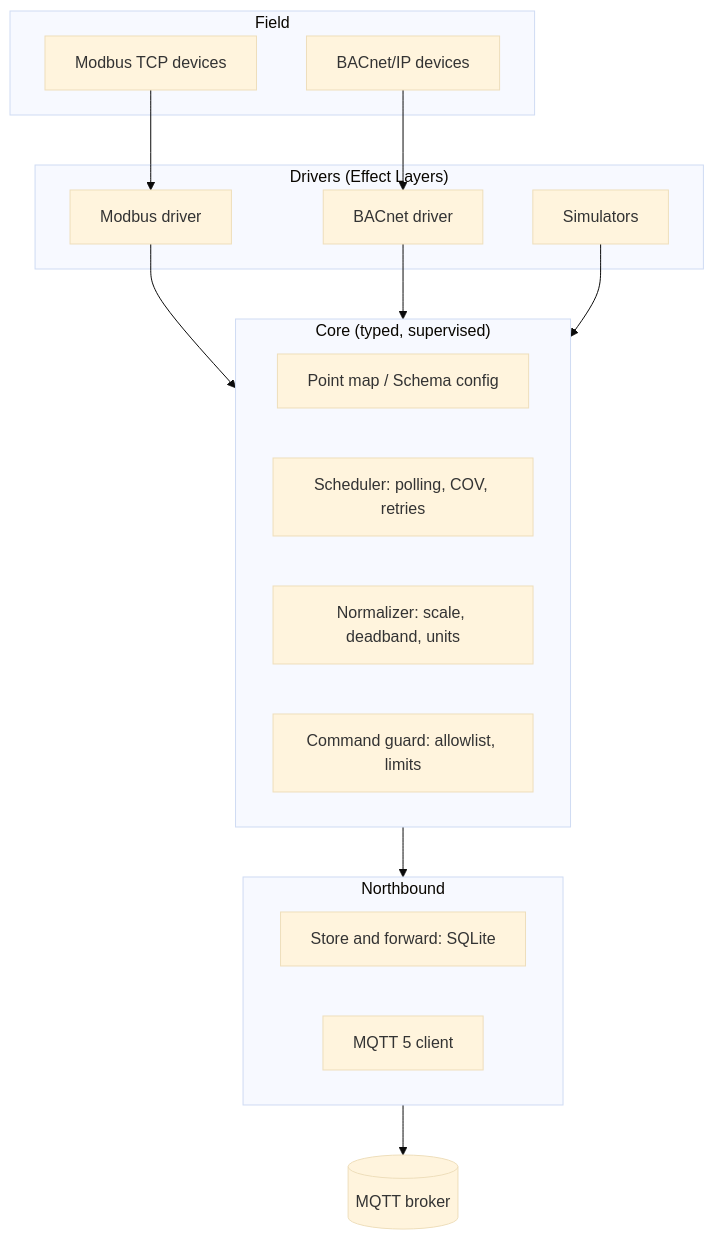
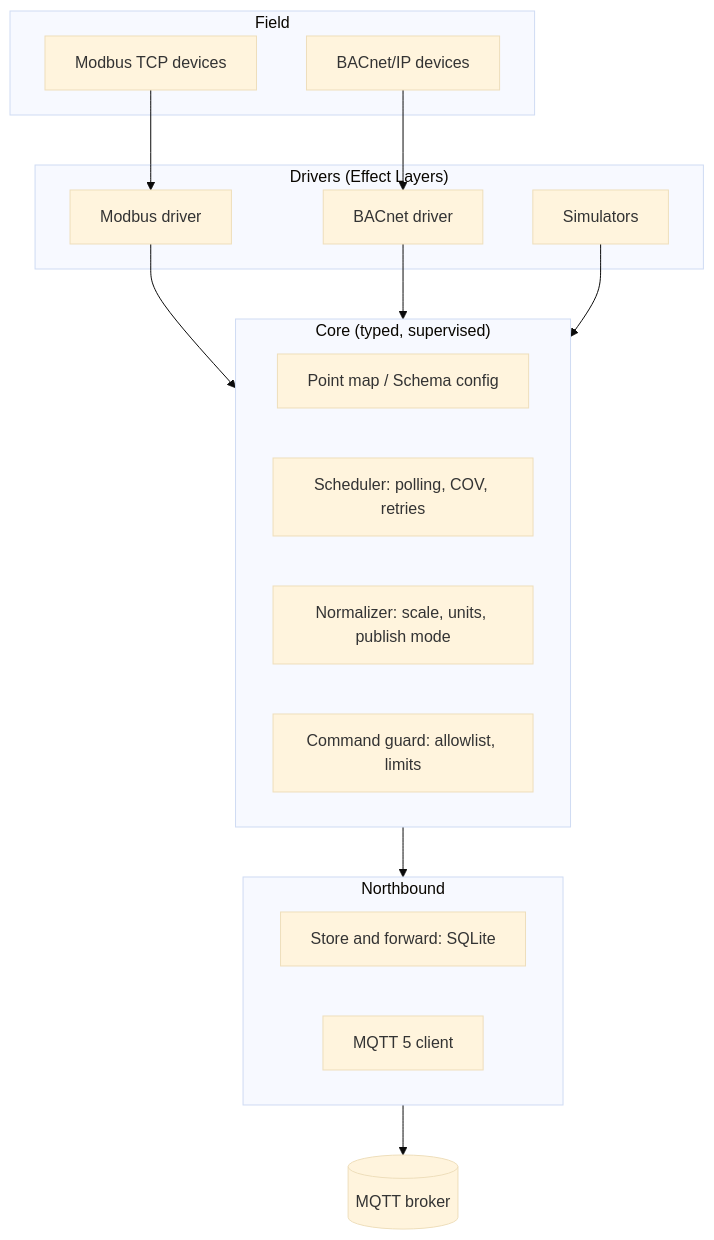
The diagram in README.md (phocal-ai/ot-gateway), drawn with Mermaid (base theme) before and after one commit. The commit also changed other lines of this file and 24 other files, not shown here.

````diff
--- a/README.md
+++ b/README.md
@@ -245,27 +254,27 @@
 ```mermaid
 flowchart TB
   subgraph Field
     M[Modbus TCP devices]
     B[BACnet/IP devices]
   end
   subgraph Drivers["Drivers (Effect Layers)"]
     MD[Modbus driver]
     BD[BACnet driver]
     SD[Simulators]
   end
   subgraph Core["Core (typed, supervised)"]
     PM[Point map / Schema config]
     SC[Scheduler: polling, COV, retries]
-    NO[Normalizer: scale, deadband, units]
+    NO[Normalizer: scale, units, publish mode]
     CG[Command guard: allowlist, limits]
   end
   subgraph North[Northbound]
     BU[Store and forward: SQLite]
     MQ[MQTT 5 client]
   end
   M --> MD
   B --> BD
   MD & BD & SD --> Core
   Core --> North
   North --> BR[(MQTT broker)]
 ```
````
